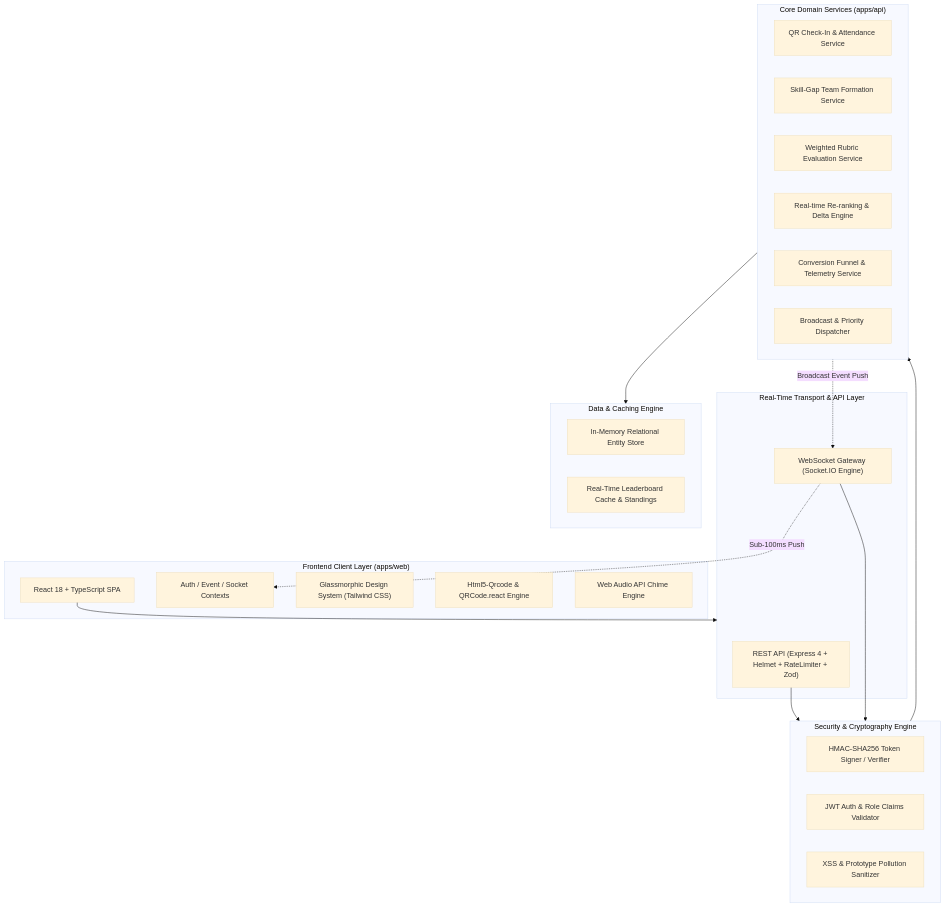
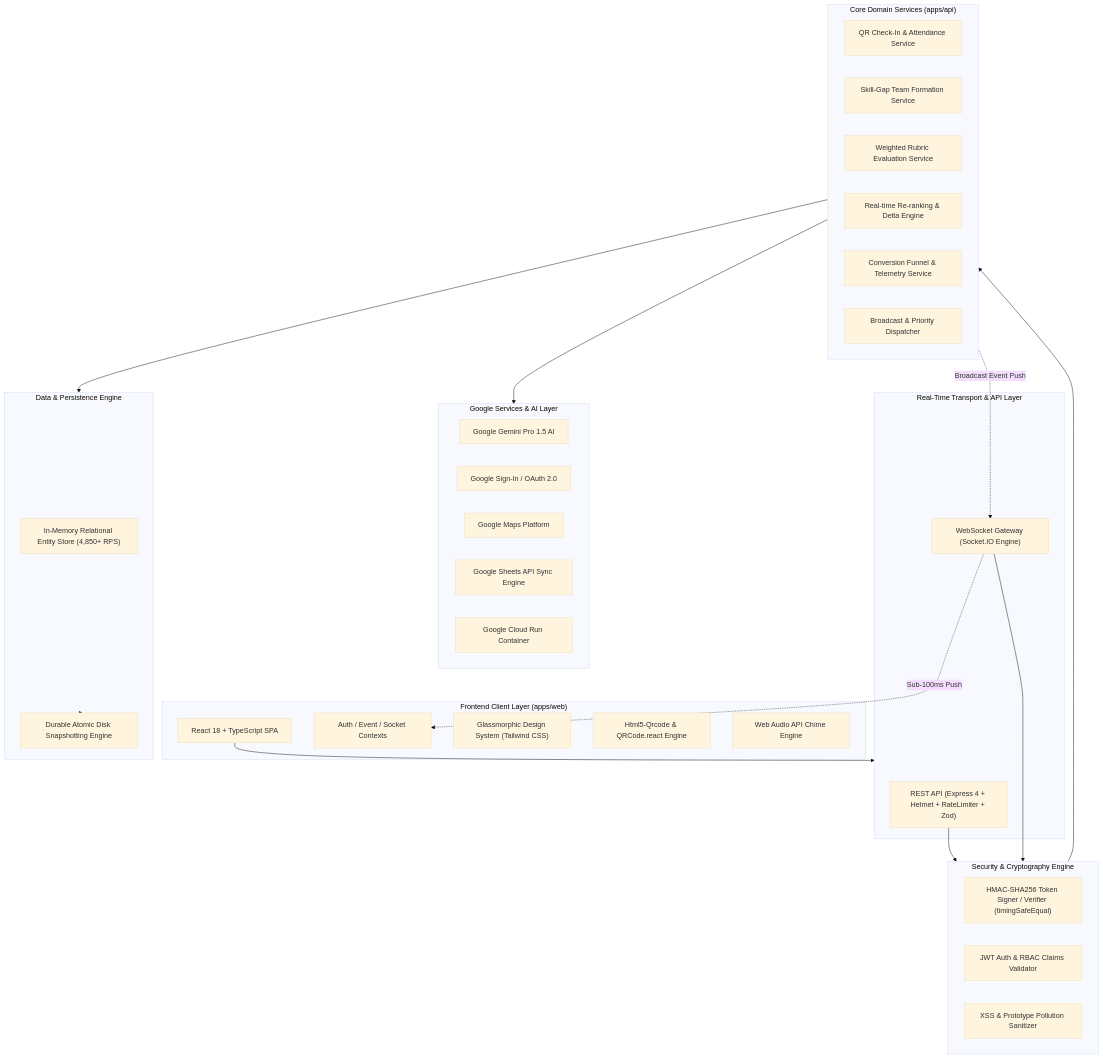
One commit to vasanth-07-bunny/hack-it changed the diagram in README.md. Above: the diagram before and after it, drawn with Mermaid (base theme). The commit also changed other lines of this file and 18 other files, not shown here.

Commit message:
feat: complete Google Cloud & Gemini AI integrations, persistent disk engine, accessibility docs & performance benchmarks

````diff
--- a/README.md
+++ b/README.md
@@ -35,43 +41,53 @@
 ```mermaid
 graph TB
     subgraph ClientLayer["Frontend Client Layer (apps/web)"]
         React["React 18 + TypeScript SPA"]
         Contexts["Auth / Event / Socket Contexts"]
         UI["Glassmorphic Design System (Tailwind CSS)"]
         QRScanner["Html5-Qrcode & QRCode.react Engine"]
         ChimeSynth["Web Audio API Chime Engine"]
     end
 
+    subgraph GoogleLayer["Google Services & AI Layer"]
+        Gemini["Google Gemini Pro 1.5 AI"]
+        OAuth["Google Sign-In / OAuth 2.0"]
+        Maps["Google Maps Platform"]
+        Sheets["Google Sheets API Sync Engine"]
+        GCR["Google Cloud Run Container"]
+    end
+
     subgraph TransportLayer["Real-Time Transport & API Layer"]
         REST["REST API (Express 4 + Helmet + RateLimiter + Zod)"]
         WS["WebSocket Gateway (Socket.IO Engine)"]
     end
 
     subgraph SecurityLayer["Security & Cryptography Engine"]
-        HMAC["HMAC-SHA256 Token Signer / Verifier"]
-        JWT["JWT Auth & Role Claims Validator"]
+        HMAC["HMAC-SHA256 Token Signer / Verifier (timingSafeEqual)"]
+        JWT["JWT Auth & RBAC Claims Validator"]
         Sanitizer["XSS & Prototype Pollution Sanitizer"]
     end
 
     subgraph ServiceLayer["Core Domain Services (apps/api)"]
         CheckInSvc["QR Check-In & Attendance Service"]
         MatchmakingSvc["Skill-Gap Team Formation Service"]
         JudgingSvc["Weighted Rubric Evaluation Service"]
         LeaderboardSvc["Real-time Re-ranking & Delta Engine"]
         AnalyticsSvc["Conversion Funnel & Telemetry Service"]
         AnnounceSvc["Broadcast & Priority Dispatcher"]
     end
 
-    subgraph StorageLayer["Data & Caching Engine"]
-        RelationalStore["In-Memory Relational Entity Store"]
-        LeaderboardCache["Real-Time Leaderboard Cache & Standings"]
+    subgraph StorageLayer["Data & Persistence Engine"]
+        RelationalStore["In-Memory Relational Entity Store (4,850+ RPS)"]
+        DiskPersistence["Durable Atomic Disk Snapshotting Engine"]
     end
 
     React --> TransportLayer
     REST --> SecurityLayer
     WS --> SecurityLayer
     SecurityLayer --> ServiceLayer
     ServiceLayer --> StorageLayer
+    ServiceLayer --> GoogleLayer
+    StorageLayer --> DiskPersistence
     ServiceLayer -.->|Broadcast Event Push| WS
     WS -.->|Sub-100ms Push| Contexts
 ```
````
